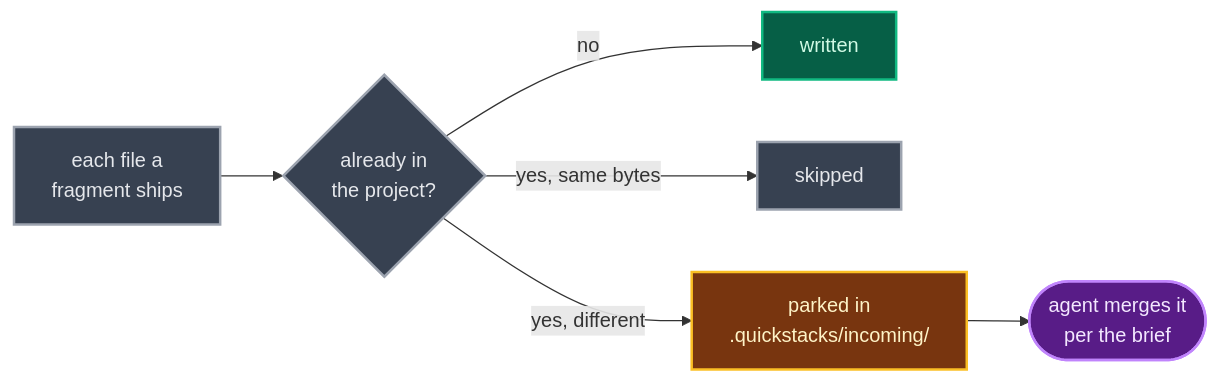
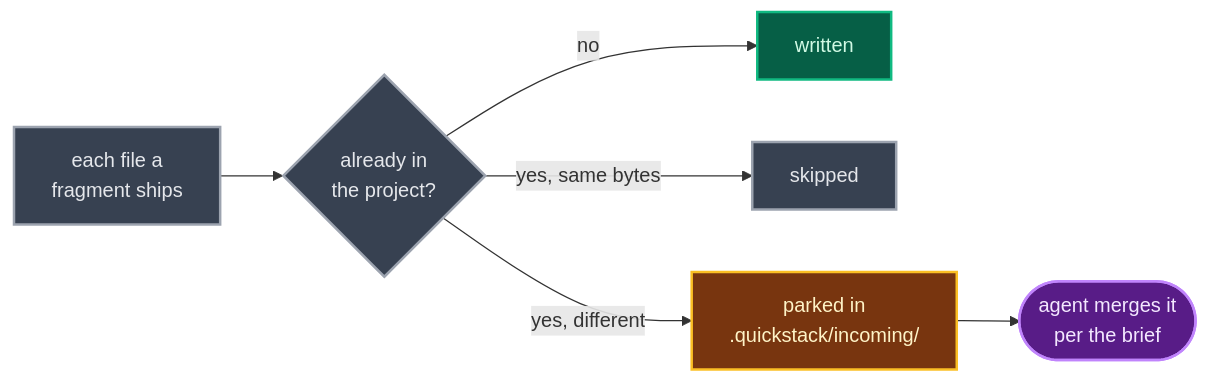
One commit to Verus-Data/quickstack changed the second of 2 diagrams in packages/cli/docs/quickstart.md. Above: the diagram before and after it, drawn with Mermaid. The commit also changed other lines of this file and 278 other files, not shown here.

First line of the commit message:
refactor!: rename quickstacks to quickstack

````diff
--- a/packages/cli/docs/quickstart.md
+++ b/packages/cli/docs/quickstart.md
@@ -190,17 +190,17 @@
 ```mermaid
 flowchart LR
   F["each file a<br/>fragment ships"] --> E{"already in<br/>the project?"}
   E -- "no" --> W["written"]
   E -- "yes, same bytes" --> S["skipped"]
-  E -- "yes, different" --> I["parked in<br/>.quickstacks/incoming/"]
+  E -- "yes, different" --> I["parked in<br/>.quickstack/incoming/"]
   I --> M(["agent merges it<br/>per the brief"])
 
   classDef ok fill:#065f46,stroke:#10b981,stroke-width:2px,color:#d1fae5
   classDef neutral fill:#374151,stroke:#9ca3af,stroke-width:2px,color:#e5e7eb
   classDef warn fill:#78350f,stroke:#fbbf24,stroke-width:2px,color:#fef3c7
   classDef agent fill:#581c87,stroke:#c084fc,stroke-width:2px,color:#f3e8ff
   class W ok
   class F,E,S neutral
   class I warn
   class M agent
 ```
````
